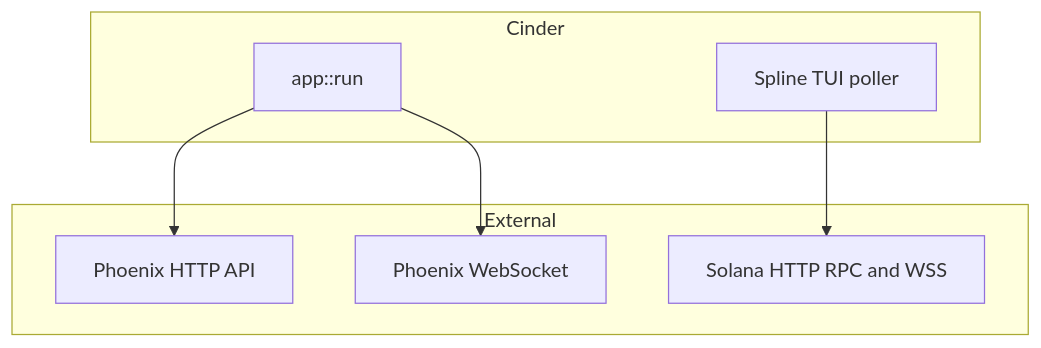
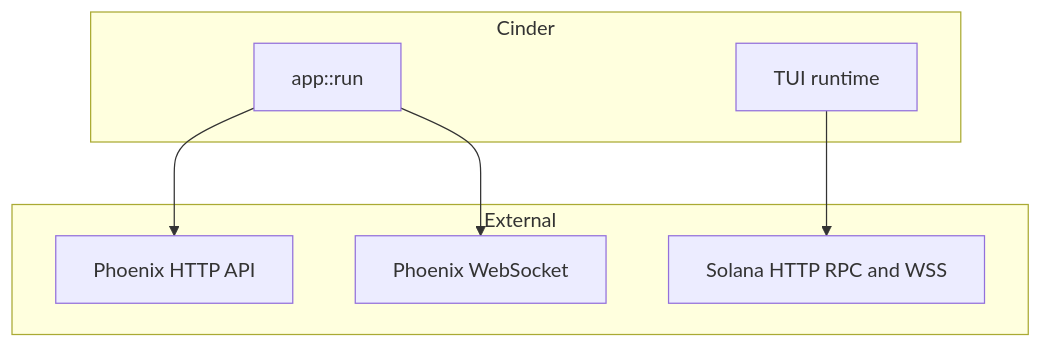
Before and after one commit to cosmic-markets/cinder: the diagram in README.md, drawn with Mermaid. The commit also changed 105 other files, not shown here.

````diff
--- a/README.md
+++ b/README.md
@@ -26,17 +26,17 @@
 ```mermaid
 flowchart TB
     subgraph external [External]
         PhoenixHTTP[Phoenix HTTP API]
         PhoenixWS[Phoenix WebSocket]
         Solana[Solana HTTP RPC and WSS]
     end
 
     subgraph cinder [Cinder]
         Run[app::run]
-        Poller[Spline TUI poller]
+        Runtime[TUI runtime]
     end
 
     Run --> PhoenixHTTP
     Run --> PhoenixWS
-    Poller --> Solana
+    Runtime --> Solana
 ```
````
